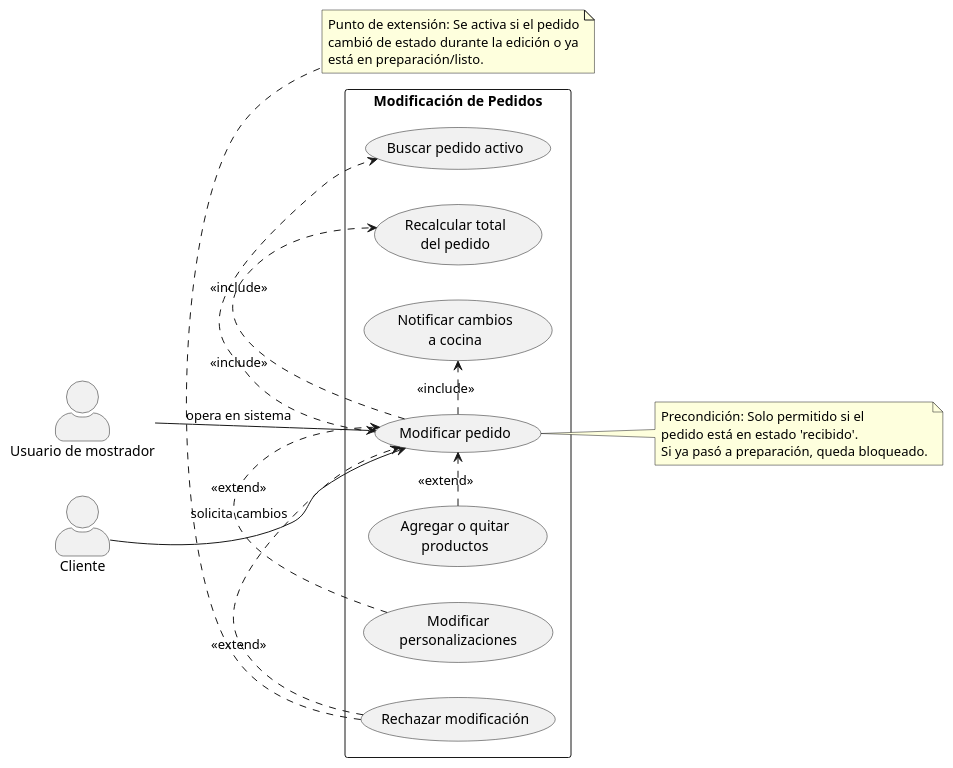
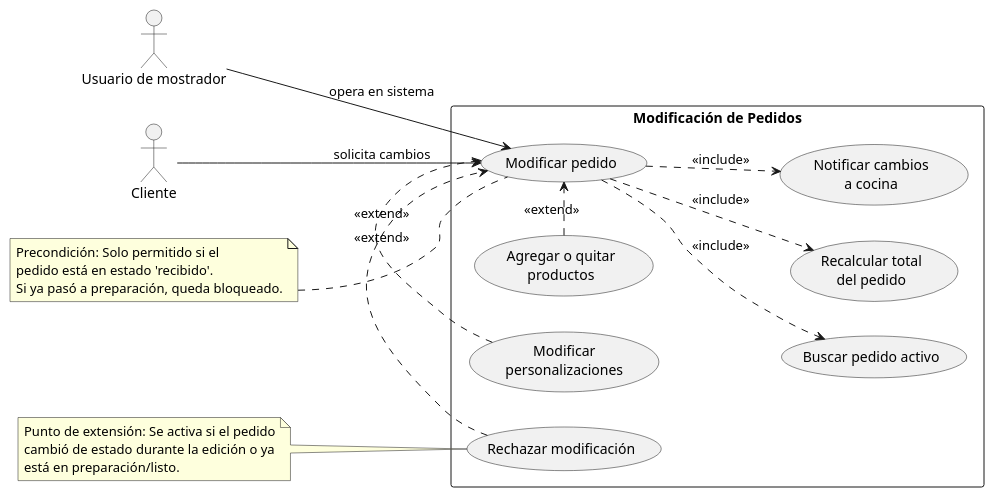
Before and after one commit to cmariano93-netizen/SistemaPedidos: the diagram in diagramas/02-casos-de-uso/02-modificar-pedido.puml, drawn with PlantUML. The commit also changed 13 other files, not shown here.

```diff
--- a/diagramas/02-casos-de-uso/02-modificar-pedido.puml
+++ b/diagramas/02-casos-de-uso/02-modificar-pedido.puml
@@ -1,42 +1,39 @@
 @startuml
 left to right direction
-skinparam packageStyle rectangle
-skinparam shadowing false
-skinparam actorStyle awesome
 
 actor "Usuario de mostrador" as Mostrador
 actor "Cliente" as Cliente
 
 rectangle "Modificación de Pedidos" {
   usecase "Modificar pedido" as UC_Modificar
   usecase "Buscar pedido activo" as UC_Buscar
   usecase "Agregar o quitar\nproductos" as UC_Productos
   usecase "Modificar\npersonalizaciones" as UC_Personalizaciones
   usecase "Recalcular total\ndel pedido" as UC_Recalcular
   usecase "Notificar cambios\na cocina" as UC_NotificarCocina
   usecase "Rechazar modificación" as UC_RechazarMod
 }
 
 Cliente --> UC_Modificar : solicita cambios
 Mostrador --> UC_Modificar : opera en sistema
 
-UC_Modificar .> UC_Buscar : <<include>>
-UC_Modificar .> UC_Recalcular : <<include>>
-UC_Modificar .> UC_NotificarCocina : <<include>>
+UC_Modificar -d.> UC_Buscar : <<include>>
+UC_Modificar -d.> UC_Recalcular : <<include>>
+UC_Modificar -d.> UC_NotificarCocina : <<include>>
 
 UC_Productos .> UC_Modificar : <<extend>>
 UC_Personalizaciones .> UC_Modificar : <<extend>>
 UC_RechazarMod .> UC_Modificar : <<extend>>
 
-note right of UC_Modificar
+note left of UC_Modificar
   Precondición: Solo permitido si el
   pedido está en estado 'recibido'.
   Si ya pasó a preparación, queda bloqueado.
 end note
 
-note bottom of UC_RechazarMod
+note left of UC_RechazarMod
   Punto de extensión: Se activa si el pedido
   cambió de estado durante la edición o ya
   está en preparación/listo.
 end note
 @enduml
```
